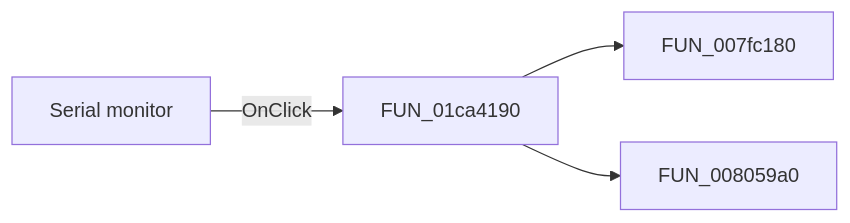
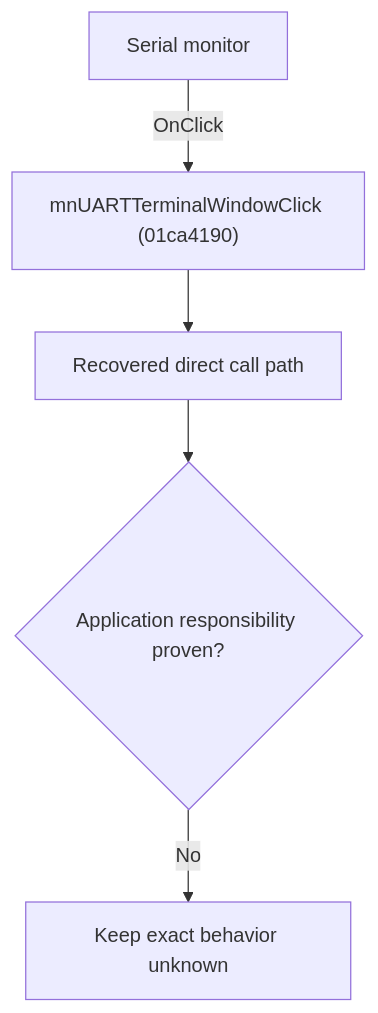
The diagram in docs/ui-controls/schematiceditor/mnuartterminalwindow-99f0dc0852.md (MovGP0/TIARA), drawn with Mermaid before and after one commit. The commit also changed other lines of this file and 1062 other files, not shown here.

````diff
--- a/docs/ui-controls/schematiceditor/mnuartterminalwindow-99f0dc0852.md
+++ b/docs/ui-controls/schematiceditor/mnuartterminalwindow-99f0dc0852.md
@@ -27,6 +27,7 @@
 ```mermaid
-flowchart LR
-    control["Serial monitor"] -->|OnClick| handler["FUN_01ca4190"]
-    handler --> call1["FUN_007fc180"]
-    handler --> call2["FUN_008059a0"]
+flowchart TD
+    control["Serial monitor"] -->|"OnClick"| handler["mnUARTTerminalWindowClick (01ca4190)"]
+    handler --> recovered["Recovered direct call path"]
+    recovered --> gap{"Application responsibility proven?"}
+    gap -->|"No"| blocked["Keep exact behavior unknown"]
 ```
````
